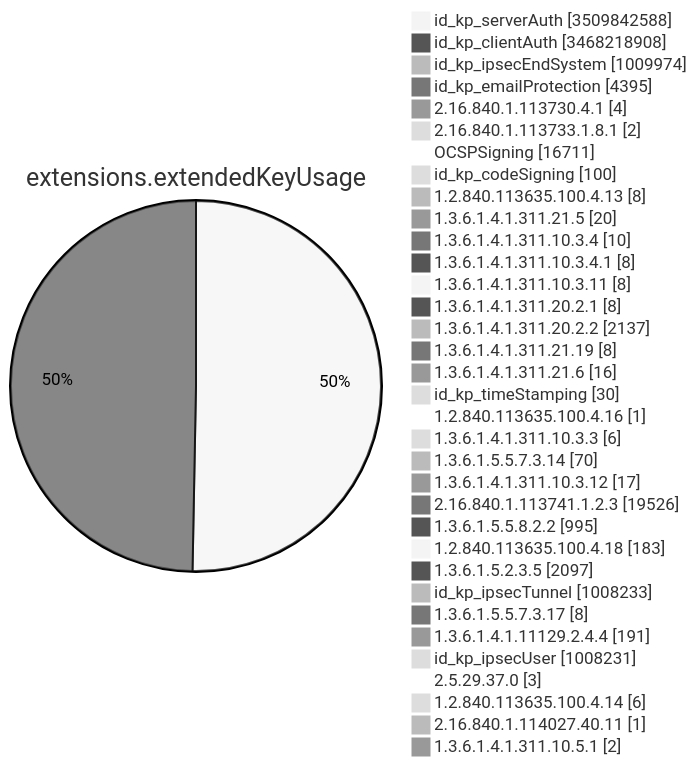
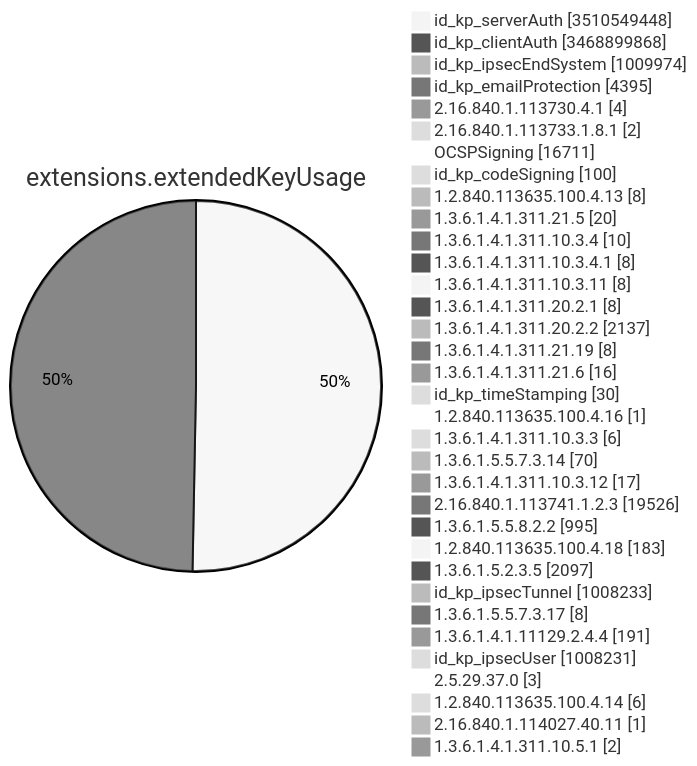
Before and after one commit to christiankrug/ctmonitor_visualization: diagram 11 of 15 in TOTAL/README.md, drawn with Mermaid (neutral theme). The commit also changed other lines of this file, not shown here.

````diff
--- a/TOTAL/README.md
+++ b/TOTAL/README.md
@@ -4126,38 +4126,38 @@
 ```mermaid
 pie showData
 title extensions.extendedKeyUsage
-"id_kp_serverAuth" :3509842588
-"id_kp_clientAuth" :3468218908
+"id_kp_serverAuth" :3510549448
+"id_kp_clientAuth" :3468899868
 "id_kp_ipsecEndSystem" :1009974
 "id_kp_emailProtection" :4395
 "2.16.840.1.113730.4.1" :4
 "2.16.840.1.113733.1.8.1" :2
 "OCSPSigning" :16711
 "id_kp_codeSigning" :100
 "1.2.840.113635.100.4.13" :8
 "1.3.6.1.4.1.311.21.5" :20
 "1.3.6.1.4.1.311.10.3.4" :10
 "1.3.6.1.4.1.311.10.3.4.1" :8
 "1.3.6.1.4.1.311.10.3.11" :8
 "1.3.6.1.4.1.311.20.2.1" :8
 "1.3.6.1.4.1.311.20.2.2" :2137
 "1.3.6.1.4.1.311.21.19" :8
 "1.3.6.1.4.1.311.21.6" :16
 "id_kp_timeStamping" :30
 "1.2.840.113635.100.4.16" :1
 "1.3.6.1.4.1.311.10.3.3" :6
 "1.3.6.1.5.5.7.3.14" :70
 "1.3.6.1.4.1.311.10.3.12" :17
 "2.16.840.1.113741.1.2.3" :19526
 "1.3.6.1.5.5.8.2.2" :995
 "1.2.840.113635.100.4.18" :183
 "1.3.6.1.5.2.3.5" :2097
 "id_kp_ipsecTunnel" :1008233
 "1.3.6.1.5.5.7.3.17" :8
 "1.3.6.1.4.1.11129.2.4.4" :191
 "id_kp_ipsecUser" :1008231
 "2.5.29.37.0" :3
 "1.2.840.113635.100.4.14" :6
 "2.16.840.1.114027.40.11" :1
 "1.3.6.1.4.1.311.10.5.1" :2
 ```
````
